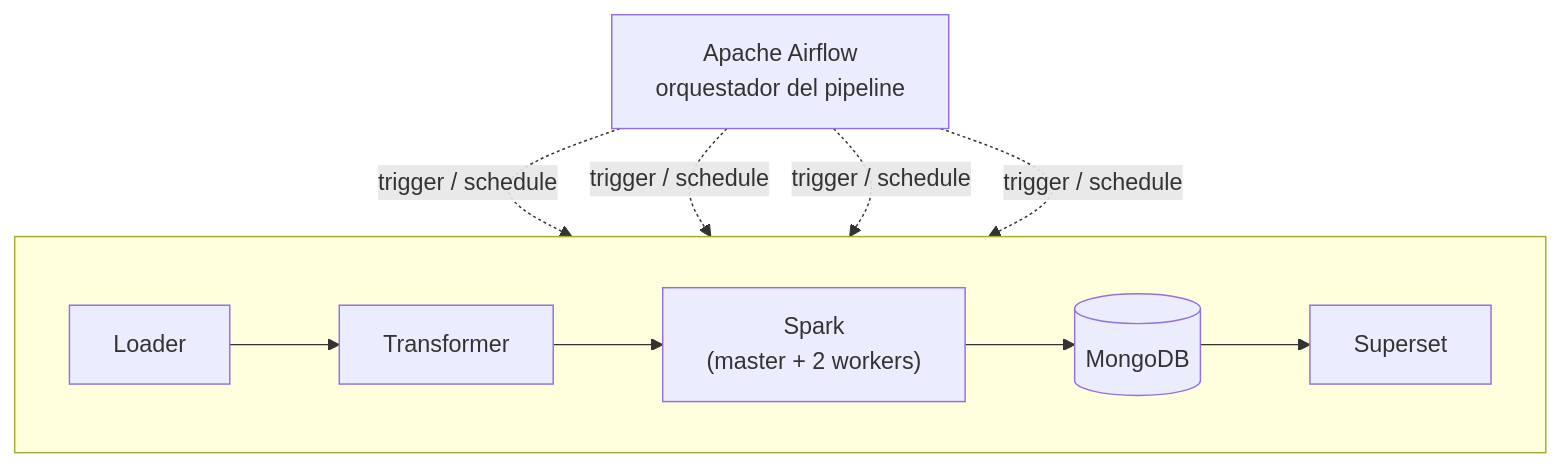
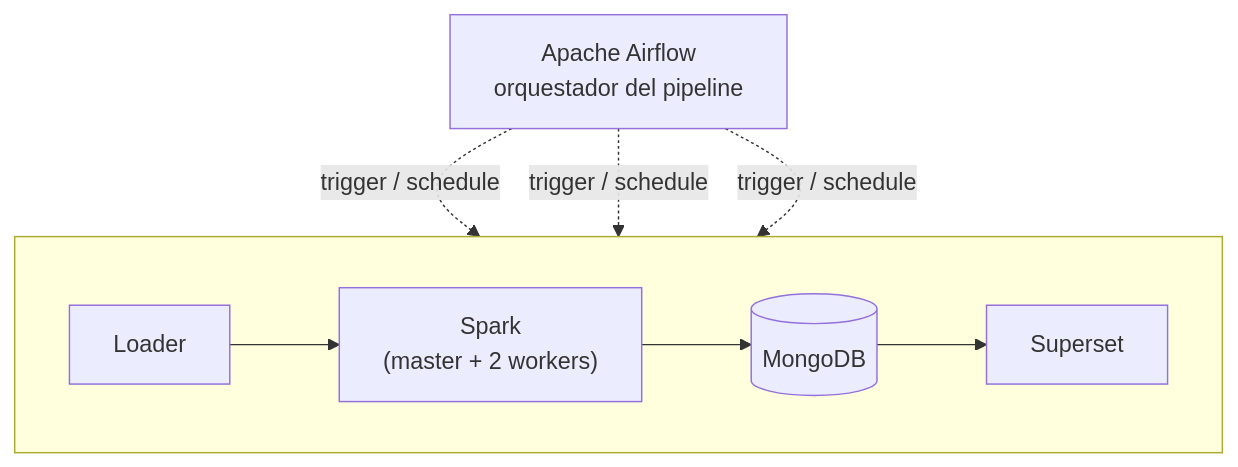
The fifth of 5 diagrams in resumen.md (Abraham2106/26s1-ic4302-p2), drawn with Mermaid before and after one commit. The commit also changed other lines of this file, not shown here.

````diff
--- a/resumen.md
+++ b/resumen.md
@@ -160,14 +138,13 @@
 ```mermaid
 flowchart TB
     Airflow[Apache Airflow<br/>orquestador del pipeline]
 
     subgraph Pipeline[" "]
         direction LR
-        Loader[Loader] --> Transformer[Transformer] --> Spark["Spark<br/>(master + 2 workers)"] --> Mongo[(MongoDB)] --> Superset[Superset]
+        Loader[Loader] --> Spark["Spark<br/>(master + 2 workers)"] --> Mongo[(MongoDB)] --> Superset[Superset]
     end
 
     Airflow -.->|trigger / schedule| Loader
-    Airflow -.->|trigger / schedule| Transformer
     Airflow -.->|trigger / schedule| Spark
     Airflow -.->|trigger / schedule| Superset
 ```
````
